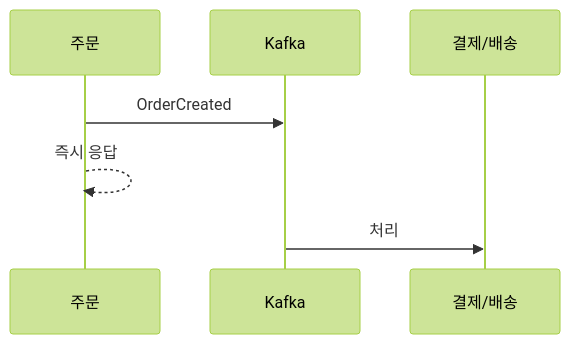
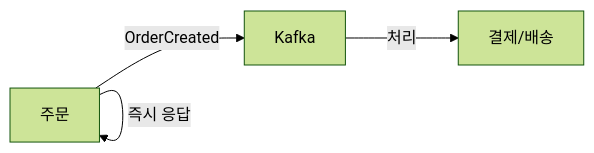
The eighth of 15 diagrams in _posts/architecture/2026-05-02-msa-deep.md (yjkim2015/yjkim2015.github.io), drawn with Mermaid (forest theme) before and after one commit. The commit also changed other lines of this file and 84 other files, not shown here.

First line of the commit message:
85개 포스트 Mermaid 다이어그램 규칙 일괄 수정

````diff
--- a/_posts/architecture/2026-05-02-msa-deep.md
+++ b/_posts/architecture/2026-05-02-msa-deep.md
@@ -202,9 +202,6 @@
 ```mermaid
-sequenceDiagram
-    participant OS as 주문
-    participant K as Kafka
-    participant PS as 결제/배송
-    OS->>K: OrderCreated
-    OS-->>OS: 즉시 응답
-    K->>PS: 처리
+graph LR
+    OS["주문"] -->|"OrderCreated"| K["Kafka"]
+    OS -->|"즉시 응답"| OS
+    K -->|"처리"| PS["결제/배송"]
 ```
````
